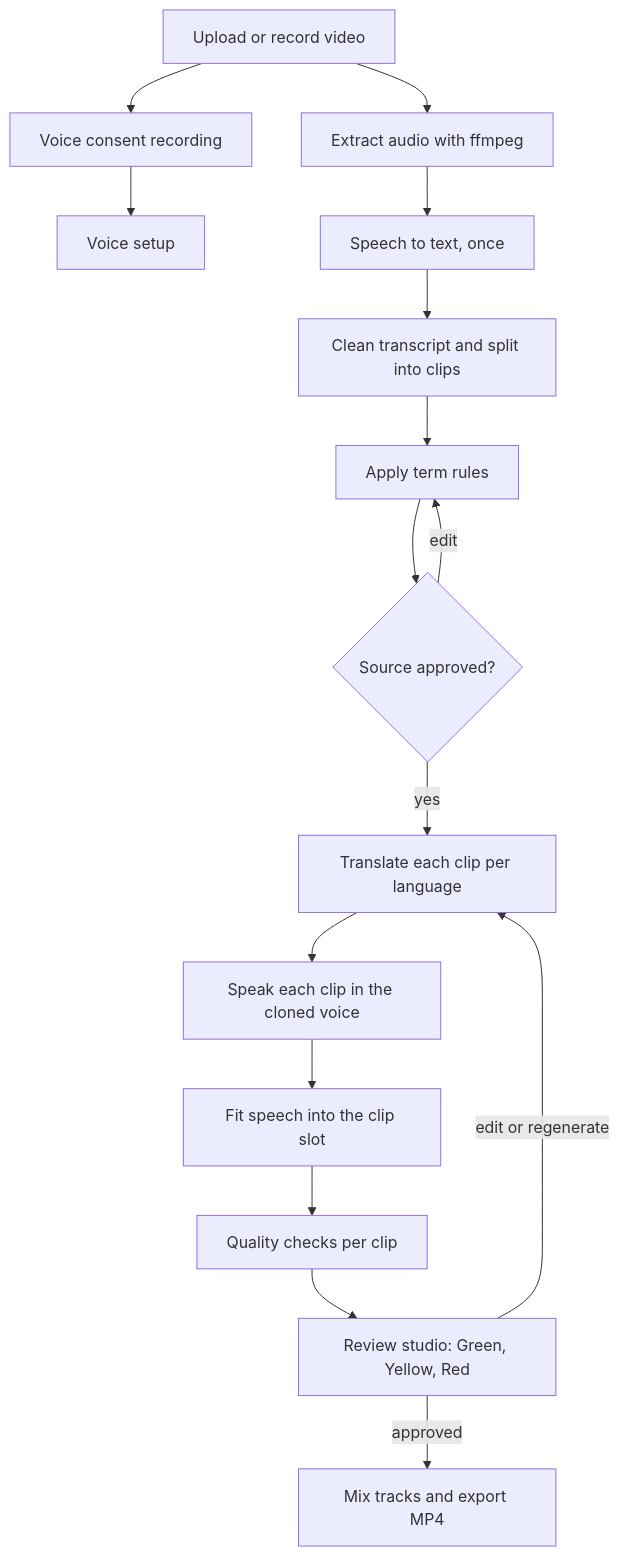
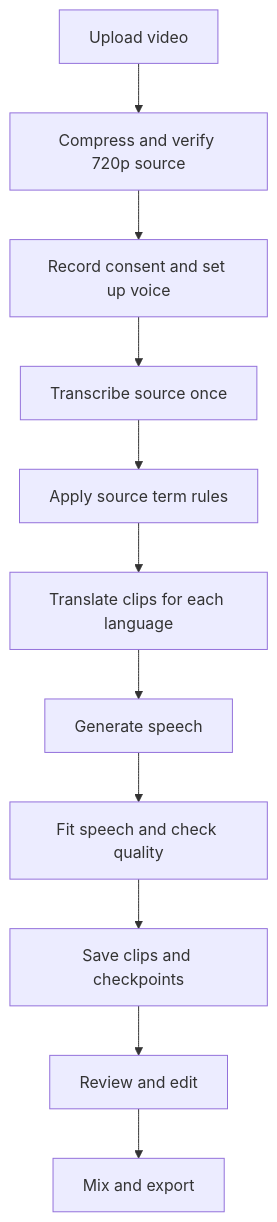
Before and after one commit to Aarti-panchal01/anek: the first of 5 diagrams in README.md, drawn with Mermaid. The commit also changed other lines of this file and 1 other file, not shown here.

````diff
--- a/README.md
+++ b/README.md
@@ -70,18 +61,13 @@
 ```mermaid
 flowchart TD
-    A[Upload or record video] --> B[Voice consent recording]
-    B --> C[Voice setup]
-    A --> D[Extract audio with ffmpeg]
-    D --> E[Speech to text, once]
-    E --> F[Clean transcript and split into clips]
-    F --> G[Apply term rules]
-    G --> H{Source approved?}
-    H -- edit --> G
-    H -- yes --> I[Translate each clip per language]
-    I --> J[Speak each clip in the cloned voice]
-    J --> K[Fit speech into the clip slot]
-    K --> L[Quality checks per clip]
-    L --> M[Review studio: Green, Yellow, Red]
-    M -- edit or regenerate --> I
-    M -- approved --> N[Mix tracks and export MP4]
+    A[Upload video] --> B[Compress and verify 720p source]
+    B --> C[Record consent and set up voice]
+    C --> D[Transcribe source once]
+    D --> E[Apply source term rules]
+    E --> F[Translate clips for each language]
+    F --> G[Generate speech]
+    G --> H[Fit speech and check quality]
+    H --> I[Save clips and checkpoints]
+    I --> J[Review and edit]
+    J --> K[Mix and export]
 ```
````
